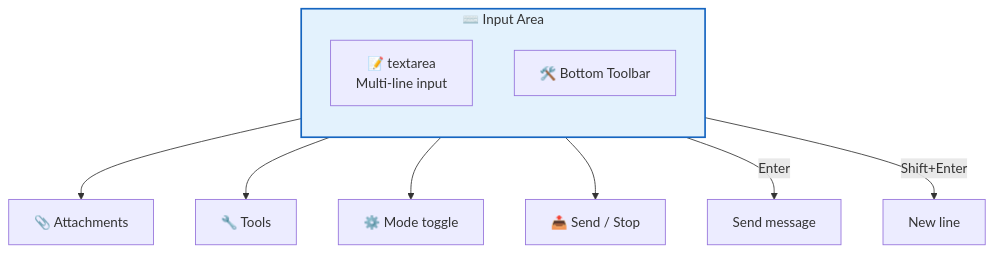
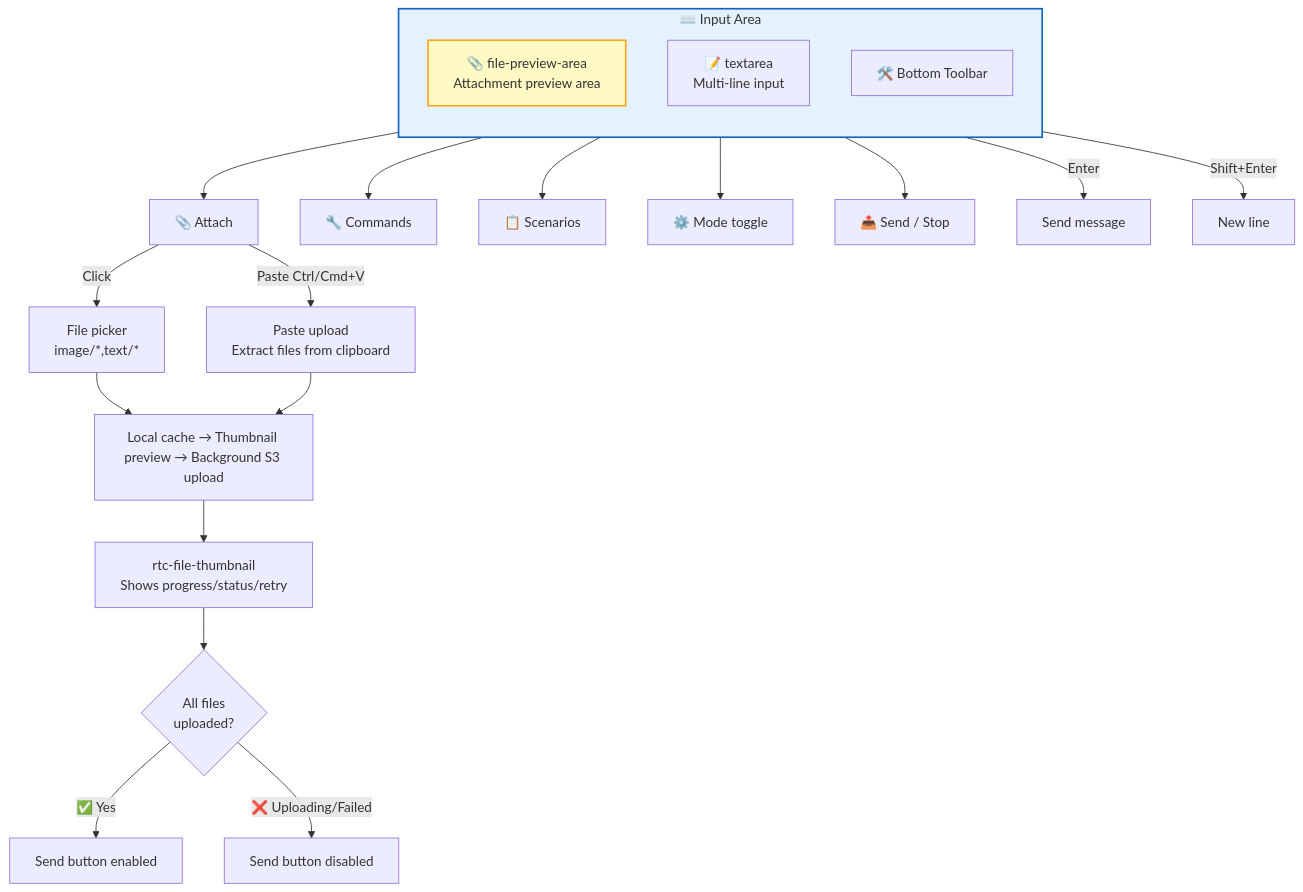
The eighth of 11 diagrams in src/content/docs/en/architecture/frontend.md (rtc-agent/docs), drawn with Mermaid before and after one commit. The commit also changed other lines of this file and 7 other files, not shown here.

````diff
--- a/src/content/docs/en/architecture/frontend.md
+++ b/src/content/docs/en/architecture/frontend.md
@@ -260,18 +311,32 @@
 ```mermaid
 flowchart TD
     subgraph INPUT["⌨️ Input Area"]
         direction TB
+        FPA["📎 file-preview-area<br/>Attachment preview area"]
         TA["📝 textarea<br/>Multi-line input"]
         TB_BAR["🛠️ Bottom Toolbar"]
     end
 
-    TB_BAR --> ATT["📎 Attachments"]
-    TB_BAR --> TOOL_BTN["🔧 Tools"]
+    TB_BAR --> ATT["📎 Attach"]
+    TB_BAR --> TOOL_BTN["🔧 Commands"]
+    TB_BAR --> SCENARIO_BTN["📋 Scenarios"]
     TB_BAR --> MODE_BTN["⚙️ Mode toggle"]
     TB_BAR --> SEND["📤 Send / Stop"]
+
+    ATT -->|"Click"| FILE_PICK["File picker<br/>image/*,text/*"]
+    ATT -->|"Paste Ctrl/Cmd+V"| PASTE["Paste upload<br/>Extract files from clipboard"]
+
+    FILE_PICK --> UPLOAD["Local cache → Thumbnail preview → Background S3 upload"]
+    PASTE --> UPLOAD
+
+    UPLOAD --> THUMB_DISP["rtc-file-thumbnail<br/>Shows progress/status/retry"]
+    THUMB_DISP --> SEND_COND{"All files<br/>uploaded?"}
+    SEND_COND -->|"✅ Yes"| ENABLE_SEND["Send button enabled"]
+    SEND_COND -->|"❌ Uploading/Failed"| DISABLE_SEND["Send button disabled"]
 
     TA -->|"Enter"| SEND_MSG["Send message"]
     TA -->|"Shift+Enter"| NEWLINE["New line"]
 
     style INPUT fill:#e3f2fd,stroke:#1565c0,stroke-width:2px
+    style FPA fill:#fff9c4,stroke:#f9a825,stroke-width:2px
 ```
````
